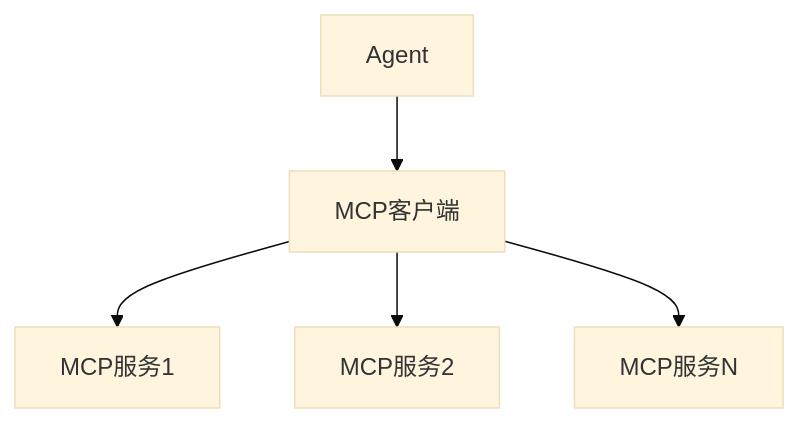
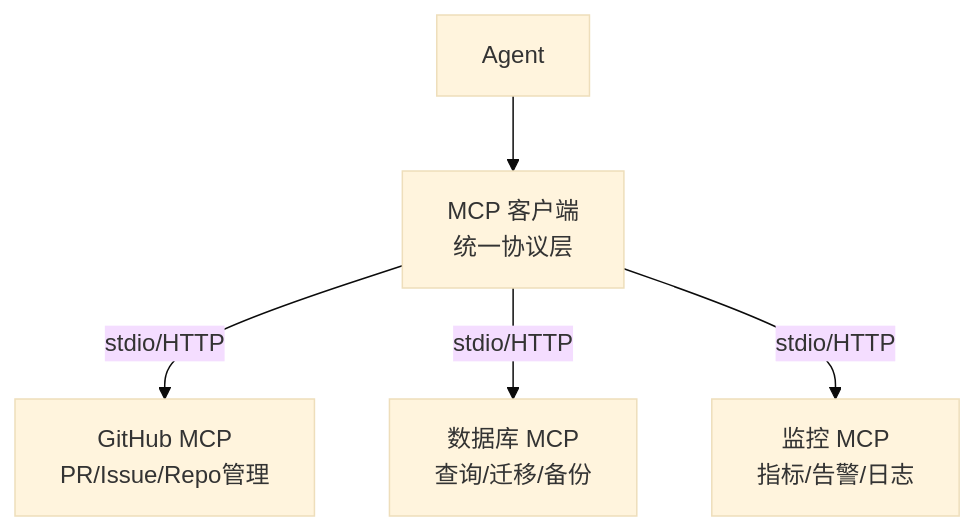
The fifth of 6 diagrams in docs/ARCHITECTURE.md (fefeding/ai-cmd), drawn with Mermaid (base theme) before and after one commit. The commit also changed other lines of this file and 17 other files, not shown here.

````diff
--- a/docs/ARCHITECTURE.md
+++ b/docs/ARCHITECTURE.md
@@ -81,7 +208,7 @@
 ```mermaid
 graph TB
-    Agent --> MCPClient[MCP客户端]
-    MCPClient --> Service1[MCP服务1]
-    MCPClient --> Service2[MCP服务2]
-    MCPClient --> ServiceN[MCP服务N]
+    Agent[Agent] --> MCPClient[MCP 客户端<br/>统一协议层]
+    MCPClient -->|stdio/HTTP| S1[GitHub MCP<br/>PR/Issue/Repo管理]
+    MCPClient -->|stdio/HTTP| S2[数据库 MCP<br/>查询/迁移/备份]
+    MCPClient -->|stdio/HTTP| S3[监控 MCP<br/>指标/告警/日志]
 ```
````
